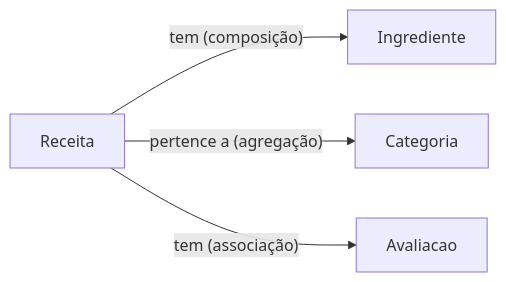
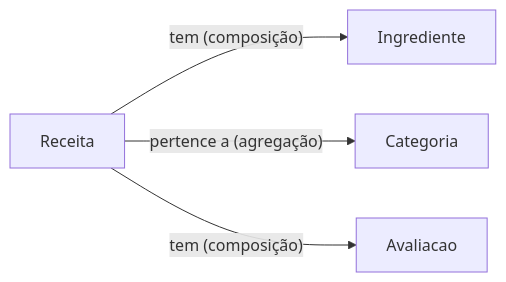
Before and after one commit to arlissondiogo/vegRecipes: the first of 3 diagrams in README.md, drawn with Mermaid. The commit also changed other lines of this file and 25 other files, not shown here.

````diff
--- a/README.md
+++ b/README.md
@@ -69,6 +90,6 @@
 ```mermaid
 graph LR
     Receita -->|"tem (composição)"| Ingrediente
     Receita -->|"pertence a (agregação)"| Categoria
-    Receita -->|"tem (associação)"| Avaliacao
+    Receita -->|"tem (composição)"| Avaliacao
 ```
````
